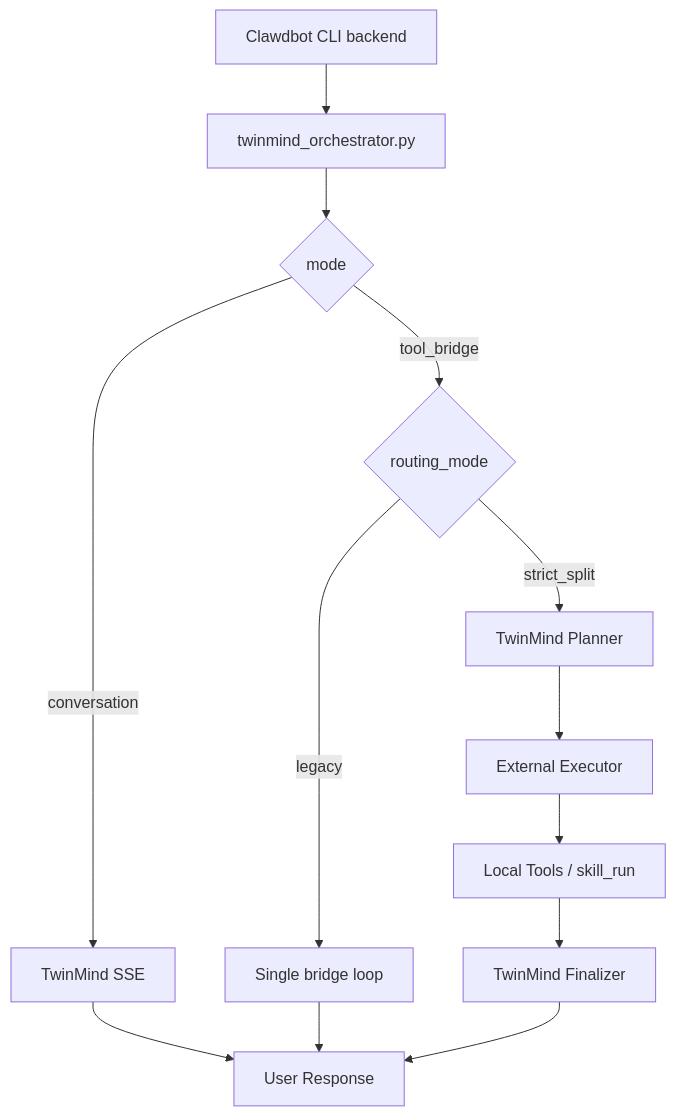
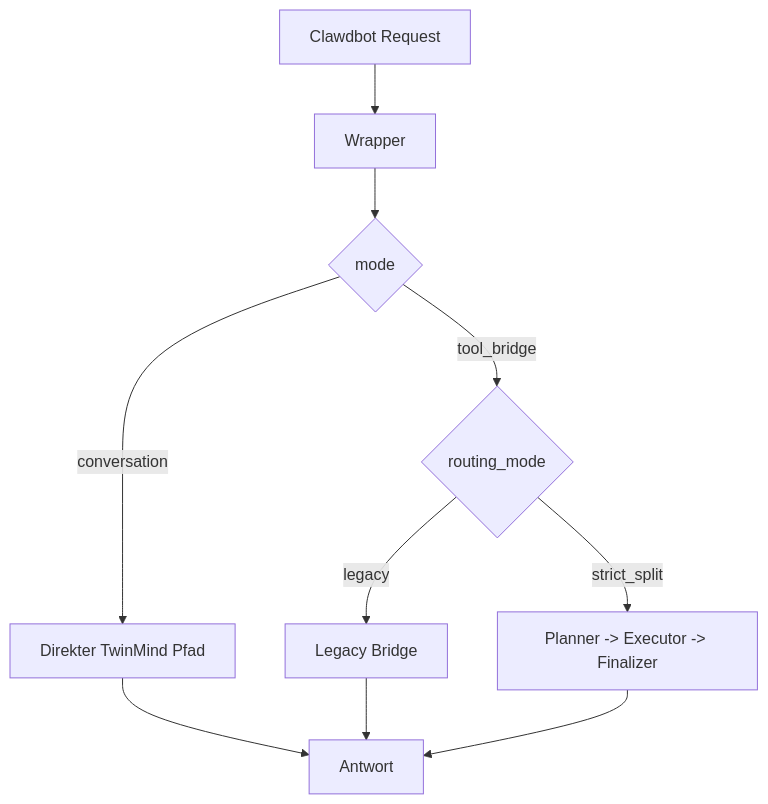
One commit to Gaiser147/clawdbot-twinmind-split-kit changed the diagram in docs/00-start-here.md. Above: the diagram before and after it, drawn with Mermaid. The commit also changed other lines of this file and 3 other files, not shown here.

Commit message:
docs: simplify onboarding and clarify legacy bridge vs strict_split

````diff
--- a/docs/00-start-here.md
+++ b/docs/00-start-here.md
@@ -12,15 +20,12 @@
 ```mermaid
 flowchart TD
-    A[Clawdbot CLI backend] --> B[twinmind_orchestrator.py]
+    A[Clawdbot Request] --> B[Wrapper]
     B --> C{mode}
-    C -->|conversation| D[TwinMind SSE]
+    C -->|conversation| D[Direkter TwinMind Pfad]
     C -->|tool_bridge| E{routing_mode}
-    E -->|legacy| F[Single bridge loop]
-    E -->|strict_split| G[TwinMind Planner]
-    G --> H[External Executor]
-    H --> I[Local Tools / skill_run]
-    I --> J[TwinMind Finalizer]
-    D --> K[User Response]
-    F --> K
-    J --> K
+    E -->|legacy| F[Legacy Bridge]
+    E -->|strict_split| G[Planner -> Executor -> Finalizer]
+    D --> H[Antwort]
+    F --> H
+    G --> H
 ```
````
